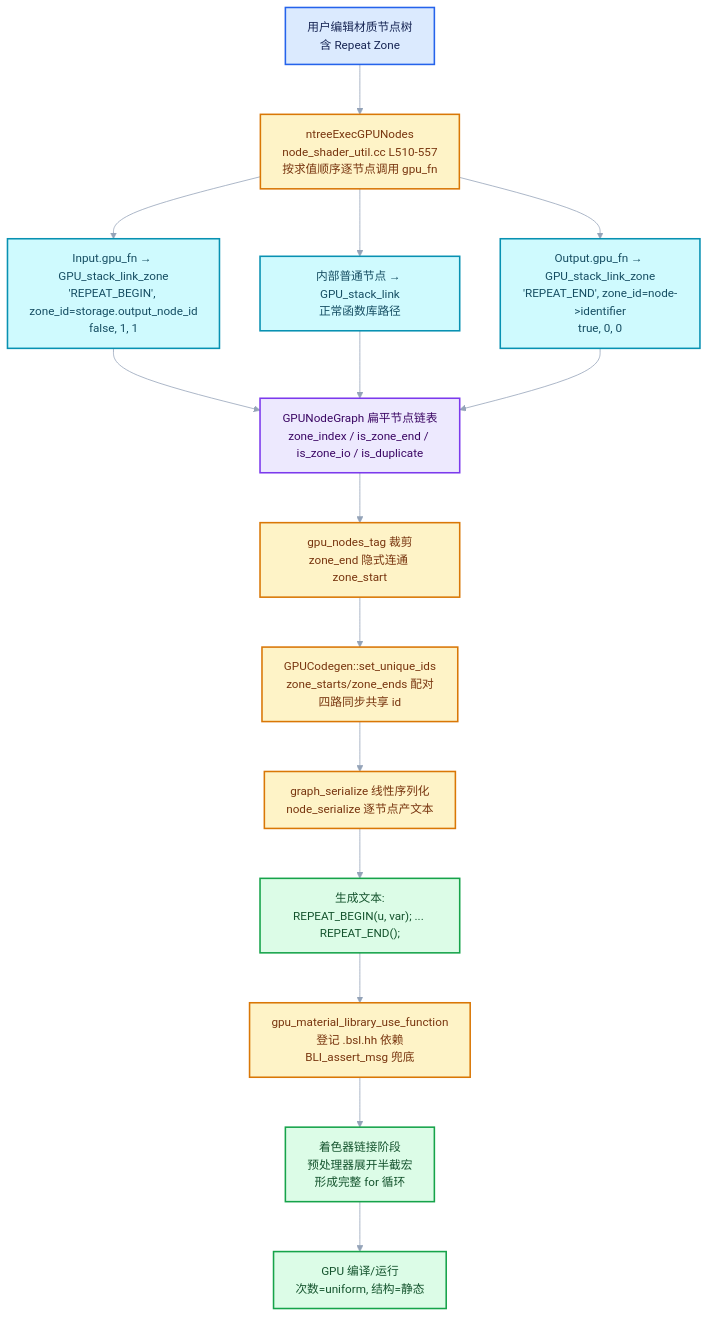
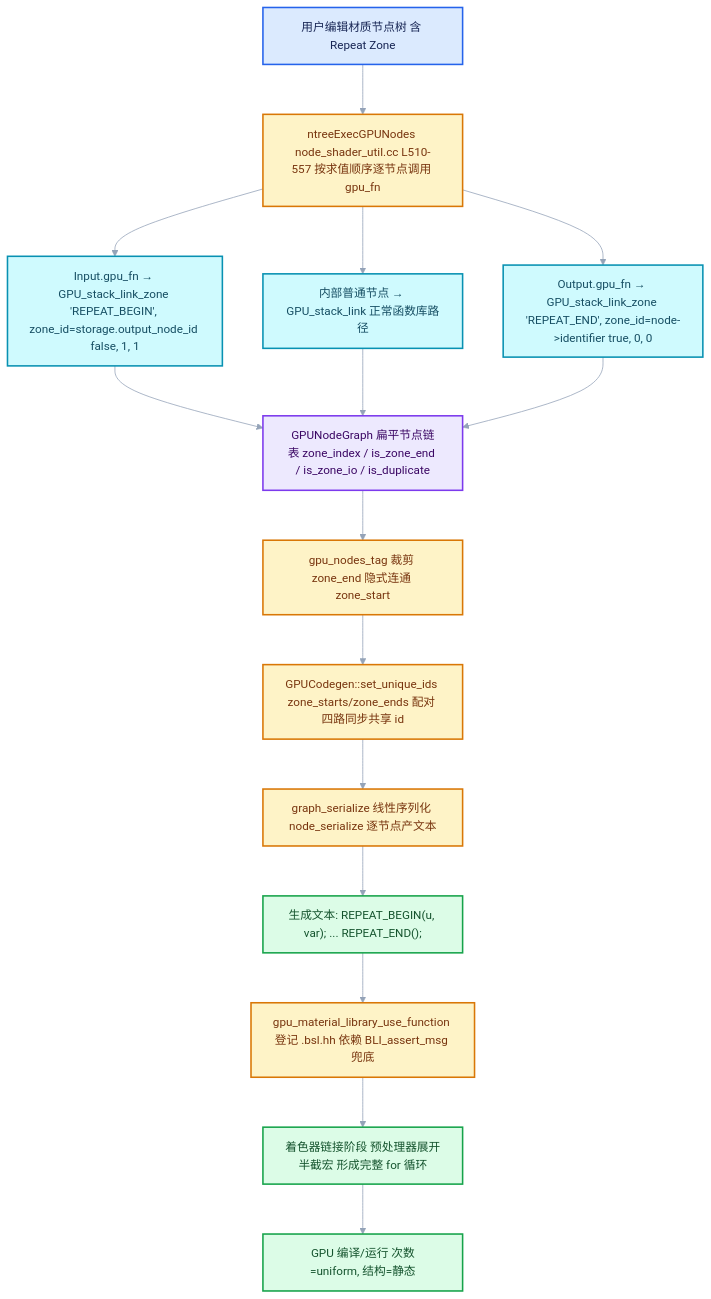
Before and after one commit to yunkezengren/blender-.vscode: the fourth of 4 diagrams in 杂/markdown/重复区域-dsh/05-跨后端实现/02-GPU着色器与GPU_stack_link_zone.md, drawn with Mermaid. The commit also changed other lines of this file and 27 other files, not shown here.

````diff
--- a/杂/markdown/重复区域-dsh/05-跨后端实现/02-GPU着色器与GPU_stack_link_zone.md
+++ b/杂/markdown/重复区域-dsh/05-跨后端实现/02-GPU着色器与GPU_stack_link_zone.md
@@ -1009,26 +983,26 @@
 ```mermaid
 %%{init: {"theme":"base","themeVariables":{"fontFamily":"\"Segoe UI\",\"Microsoft YaHei\",sans-serif","fontSize":"15px","lineColor":"#94A3B8","edgeLabelBackground":"#FFFFFF","clusterBkg":"#F8FAFC","clusterBorder":"#CBD5E1"},"flowchart":{"htmlLabels":false,"curve":"basis","nodeSpacing":52,"rankSpacing":64,"padding":14,"diagramPadding":16,"useMaxWidth":true},"sequence":{"useMaxWidth":true,"wrap":true,"mirrorActors":false,"messageMargin":36}}}%%
 flowchart TD
-    A["用户编辑材质节点树<br/>含 Repeat Zone"]:::input
-    A --> B["ntreeExecGPUNodes<br/>node_shader_util.cc L510-557<br/>按求值顺序逐节点调用 gpu_fn"]:::compute
-    B --> C["Input.gpu_fn → GPU_stack_link_zone<br/>'REPEAT_BEGIN', zone_id=storage.output_node_id<br/>false, 1, 1"]:::data
-    B --> D["内部普通节点 → GPU_stack_link<br/>正常函数库路径"]:::data
-    B --> E["Output.gpu_fn → GPU_stack_link_zone<br/>'REPEAT_END', zone_id=node->identifier<br/>true, 0, 0"]:::data
-    C --> F["GPUNodeGraph 扁平节点链表<br/>zone_index / is_zone_end / is_zone_io / is_duplicate"]:::abstraction
+    A["用户编辑材质节点树 含 Repeat Zone"]:::input
+    A --> B["ntreeExecGPUNodes node_shader_util.cc L510-557 按求值顺序逐节点调用 gpu_fn"]:::compute
+    B --> C["Input.gpu_fn → GPU_stack_link_zone 'REPEAT_BEGIN', zone_id=storage.output_node_id false, 1, 1"]:::data
+    B --> D["内部普通节点 → GPU_stack_link 正常函数库路径"]:::data
+    B --> E["Output.gpu_fn → GPU_stack_link_zone 'REPEAT_END', zone_id=node->identifier true, 0, 0"]:::data
+    C --> F["GPUNodeGraph 扁平节点链表 zone_index / is_zone_end / is_zone_io / is_duplicate"]:::abstraction
     D --> F
     E --> F
-    F --> G["gpu_nodes_tag 裁剪<br/>zone_end 隐式连通 zone_start"]:::compute
-    G --> H["GPUCodegen::set_unique_ids<br/>zone_starts/zone_ends 配对<br/>四路同步共享 id"]:::compute
-    H --> I["graph_serialize 线性序列化<br/>node_serialize 逐节点产文本"]:::compute
-    I --> J["生成文本:<br/>REPEAT_BEGIN(u, var); ... REPEAT_END();"]:::result
-    J --> K["gpu_material_library_use_function<br/>登记 .bsl.hh 依赖<br/>BLI_assert_msg 兜底"]:::compute
-    K --> L["着色器链接阶段<br/>预处理器展开半截宏<br/>形成完整 for 循环"]:::result
-    L --> M["GPU 编译/运行<br/>次数=uniform, 结构=静态"]:::result
+    F --> G["gpu_nodes_tag 裁剪 zone_end 隐式连通 zone_start"]:::compute
+    G --> H["GPUCodegen::set_unique_ids zone_starts/zone_ends 配对 四路同步共享 id"]:::compute
+    H --> I["graph_serialize 线性序列化 node_serialize 逐节点产文本"]:::compute
+    I --> J["生成文本: REPEAT_BEGIN(u, var); ... REPEAT_END();"]:::result
+    J --> K["gpu_material_library_use_function 登记 .bsl.hh 依赖 BLI_assert_msg 兜底"]:::compute
+    K --> L["着色器链接阶段 预处理器展开半截宏 形成完整 for 循环"]:::result
+    L --> M["GPU 编译/运行 次数=uniform, 结构=静态"]:::result
 
     classDef input fill:#DBEAFE,stroke:#2563EB,color:#172554,stroke-width:2px;
     classDef data fill:#CFFAFE,stroke:#0891B2,color:#164E63,stroke-width:2px;
     classDef abstraction fill:#EDE9FE,stroke:#7C3AED,color:#3B0764,stroke-width:2px;
     classDef compute fill:#FEF3C7,stroke:#D97706,color:#78350F,stroke-width:2px;
     classDef result fill:#DCFCE7,stroke:#16A34A,color:#14532D,stroke-width:2px;
     classDef error fill:#FEE2E2,stroke:#DC2626,color:#7F1D1D,stroke-width:2px;
 ```
````
